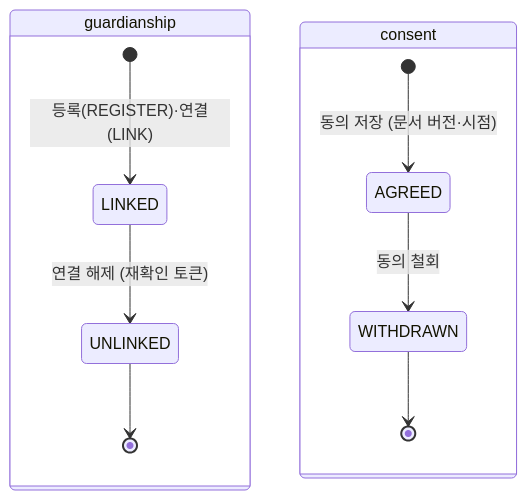
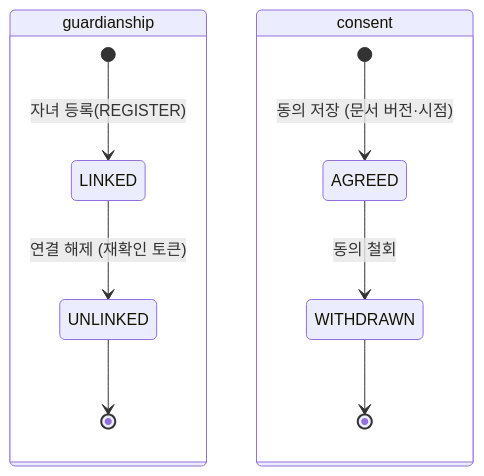
Before and after one commit to SKNETWORKS-FAMILY-AICAMP/SKN34-FINAL-3TEAM: the third of 17 diagrams in docs/design/state-diagram.md, drawn with Mermaid. The commit also changed other lines of this file and 7 other files, not shown here.

````diff
--- a/docs/design/state-diagram.md
+++ b/docs/design/state-diagram.md
@@ -77,13 +77,13 @@
 ```mermaid
 stateDiagram-v2
   state guardianship {
-    [*] --> LINKED: 등록(REGISTER)·연결(LINK)
+    [*] --> LINKED: 자녀 등록(REGISTER)
     LINKED --> UNLINKED: 연결 해제 (재확인 토큰)
     UNLINKED --> [*]
   }
   state consent {
     [*] --> AGREED: 동의 저장 (문서 버전·시점)
     AGREED --> WITHDRAWN: 동의 철회
     WITHDRAWN --> [*]
   }
 ```
````
